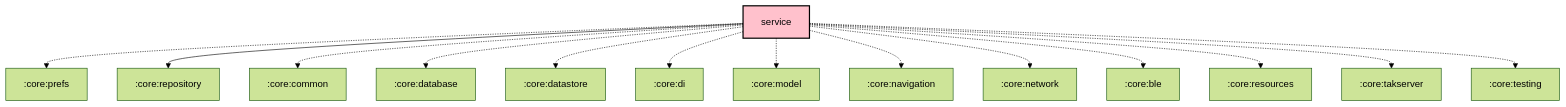
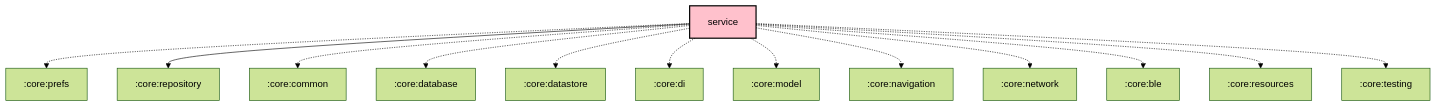
Before and after one commit to meshtastic/Meshtastic-Android: the diagram in core/service/README.md, drawn with Mermaid (forest theme). The commit also changed 3 other files, not shown here.

First line of the commit message:
chore: Scheduled updates (Graphs, Baseline Profile)

````diff
--- a/core/service/README.md
+++ b/core/service/README.md
@@ -30,31 +30,30 @@
 ```mermaid
 graph TB
   :core:service[service]:::kmp-library
   :core:service -.-> :core:prefs
   :core:service --> :core:repository
   :core:service -.-> :core:common
   :core:service -.-> :core:database
   :core:service -.-> :core:datastore
   :core:service -.-> :core:di
   :core:service -.-> :core:model
   :core:service -.-> :core:navigation
   :core:service -.-> :core:network
   :core:service -.-> :core:ble
   :core:service -.-> :core:resources
-  :core:service -.-> :core:takserver
   :core:service -.-> :core:testing
 
 classDef android-application fill:#CAFFBF,stroke:#000,stroke-width:2px,color:#000;
 classDef android-application-compose fill:#CAFFBF,stroke:#000,stroke-width:2px,color:#000;
 classDef compose-desktop-application fill:#CAFFBF,stroke:#000,stroke-width:2px,color:#000;
 classDef android-feature fill:#FFD6A5,stroke:#000,stroke-width:2px,color:#000;
 classDef android-library fill:#9BF6FF,stroke:#000,stroke-width:2px,color:#000;
 classDef android-library-compose fill:#9BF6FF,stroke:#000,stroke-width:2px,color:#000;
 classDef android-test fill:#A0C4FF,stroke:#000,stroke-width:2px,color:#000;
 classDef jvm-library fill:#BDB2FF,stroke:#000,stroke-width:2px,color:#000;
 classDef kmp-feature fill:#FFD6A5,stroke:#000,stroke-width:2px,color:#000;
 classDef kmp-library-compose fill:#FFC1CC,stroke:#000,stroke-width:2px,color:#000;
 classDef kmp-library fill:#FFC1CC,stroke:#000,stroke-width:2px,color:#000;
 classDef unknown fill:#FFADAD,stroke:#000,stroke-width:2px,color:#000;
 
 ```
````
